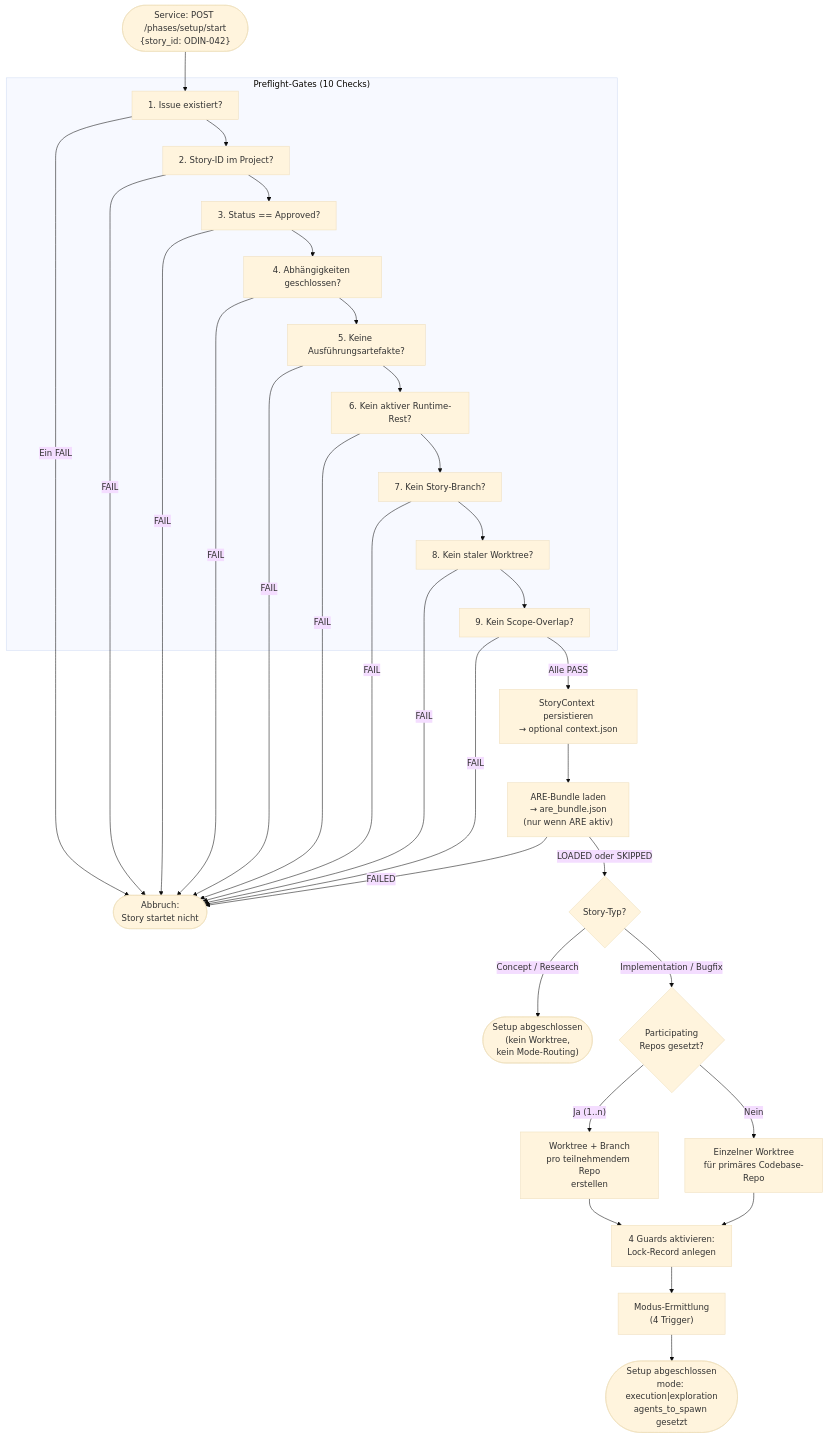
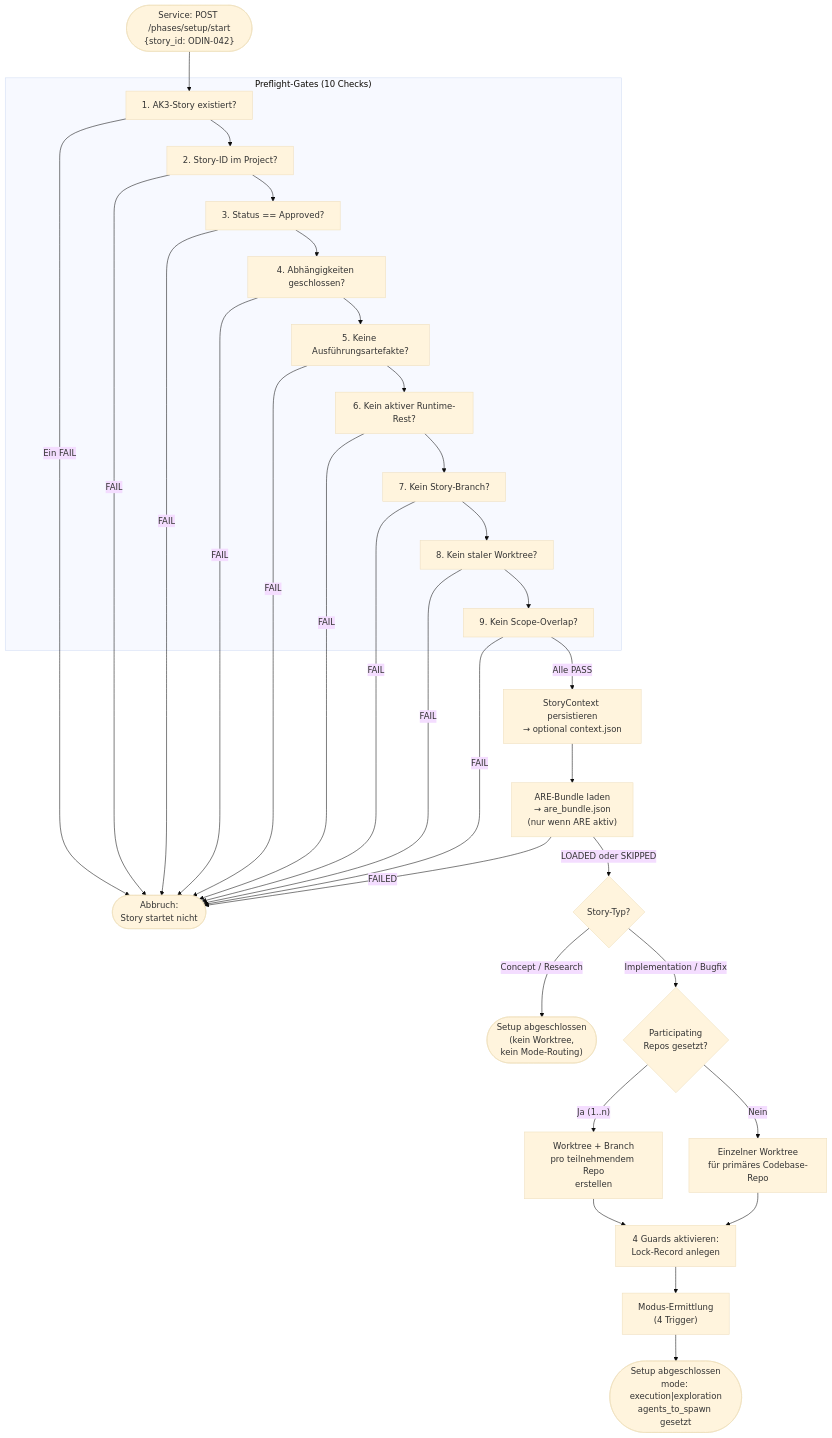
One commit to saltenhof/claude-agentkit3 changed the diagram in concept/technical-design/22_setup_preflight_worktree_guard_activation.md. Above: the diagram before and after it, drawn with Mermaid (base theme). The commit also changed other lines of this file and 33 other files, not shown here.

````diff
--- a/concept/technical-design/22_setup_preflight_worktree_guard_activation.md
+++ b/concept/technical-design/22_setup_preflight_worktree_guard_activation.md
@@ -133,44 +133,44 @@
 ```mermaid
 flowchart TD
     START(["Service: POST /phases/setup/start<br/>{story_id: ODIN-042}"]) --> PREFLIGHT
 
     subgraph PREFLIGHT_PHASE ["Preflight-Gates (10 Checks)"]
-        PREFLIGHT["1. Issue existiert?"]
+        PREFLIGHT["1. AK3-Story existiert?"]
         PREFLIGHT --> P2["2. Story-ID im Project?"]
         P2 --> P3["3. Status == Approved?"]
         P3 --> P4["4. Abhängigkeiten geschlossen?"]
         P4 --> P5["5. Keine Ausführungsartefakte?"]
         P5 --> P6["6. Kein aktiver Runtime-Rest?"]
         P6 --> P7["7. Kein Story-Branch?"]
         P7 --> P8["8. Kein staler Worktree?"]
         P8 --> P9["9. Kein Scope-Overlap?"]
     end
 
     P9 -->|"Alle PASS"| CONTEXT
     PREFLIGHT -->|"Ein FAIL"| ABORT(["Abbruch:<br/>Story startet nicht"])
     P2 -->|"FAIL"| ABORT
     P3 -->|"FAIL"| ABORT
     P4 -->|"FAIL"| ABORT
     P5 -->|"FAIL"| ABORT
     P6 -->|"FAIL"| ABORT
     P7 -->|"FAIL"| ABORT
     P8 -->|"FAIL"| ABORT
     P9 -->|"FAIL"| ABORT
 
     CONTEXT["StoryContext persistieren<br/>→ optional context.json"] --> ARE_BUNDLE["ARE-Bundle laden<br/>→ are_bundle.json<br/>(nur wenn ARE aktiv)"]
     ARE_BUNDLE -->|"LOADED oder SKIPPED"| TYPCHECK{"Story-Typ?"}
     ARE_BUNDLE -->|"FAILED"| ABORT
 
     TYPCHECK -->|"Concept / Research"| DONE_LIGHT(["Setup abgeschlossen<br/>(kein Worktree,<br/>kein Mode-Routing)"])
 
     TYPCHECK -->|"Implementation / Bugfix"| REPOS
 
     REPOS{"Participating<br/>Repos gesetzt?"}
     REPOS -->|"Ja (1..n)"| MULTI_WT["Worktree + Branch<br/>pro teilnehmendem Repo<br/>erstellen"]
     REPOS -->|"Nein"| SINGLE_WT["Einzelner Worktree<br/>für primäres Codebase-Repo"]
 
     MULTI_WT --> GUARDS["4 Guards aktivieren:<br/>Lock-Record anlegen"]
     SINGLE_WT --> GUARDS
     GUARDS --> MODE["Modus-Ermittlung<br/>(4 Trigger)"]
     MODE --> DONE_FULL(["Setup abgeschlossen<br/>mode: execution|exploration<br/>agents_to_spawn gesetzt"])
 ```
````
